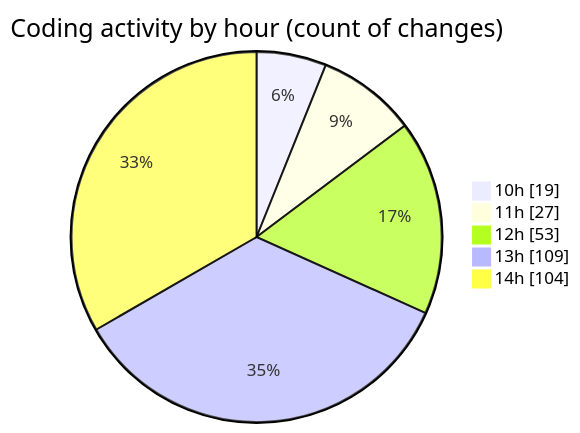
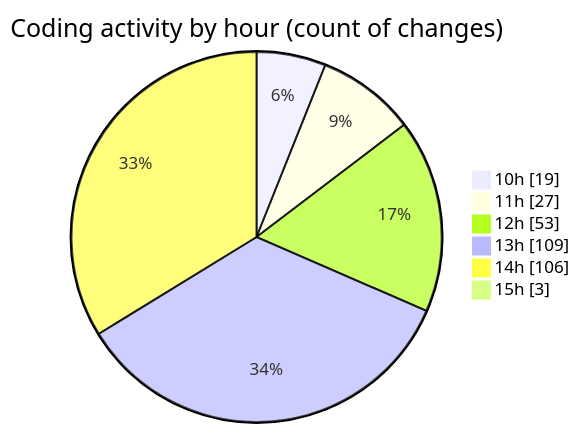
One commit to momahboobian/code-tracking changed the second of 2 diagrams in 2025-03-18/cda/README.md. Above: the diagram before and after it, drawn with Mermaid. The commit also changed other lines of this file and 1 other file, not shown here.

````diff
--- a/2025-03-18/cda/README.md
+++ b/2025-03-18/cda/README.md
@@ -42,9 +42,10 @@
 ```mermaid
 pie showData
 title Coding activity by hour (count of changes)
 "10h" : 19
 "11h" : 27
 "12h" : 53
 "13h" : 109
-"14h" : 104
+"14h" : 106
+"15h" : 3
 ```
````
